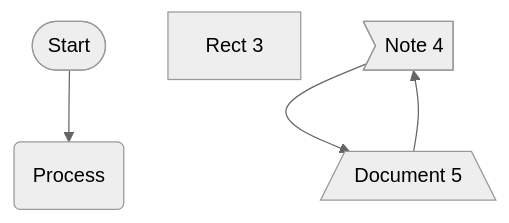
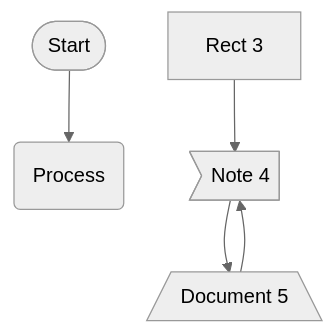
One commit to pingpm/mermaid_vault changed the diagram in mmd/123_a666b39a-0e0e-439d-8019-f0c5ed176eba.mmd. Above: the diagram before and after it, drawn with Mermaid (neutral theme). The commit also changed 3 other files, not shown here.

Commit message:
Sync Mermaid Studio data (20 diagrams)

```diff
--- a/mmd/123_a666b39a-0e0e-439d-8019-f0c5ed176eba.mmd
+++ b/mmd/123_a666b39a-0e0e-439d-8019-f0c5ed176eba.mmd
@@ -1,9 +1,10 @@
 flowchart TD
   n_0(["Start"])
   n_1("Process")
   n_2["Rect 3"]
   n_3>"Note 4"]
   n_4[/"Document 5"\]
   n_0 --> n_1
   n_4 --> n_3
   n_3 --> n_4
+  n_2 --> n_3
```
